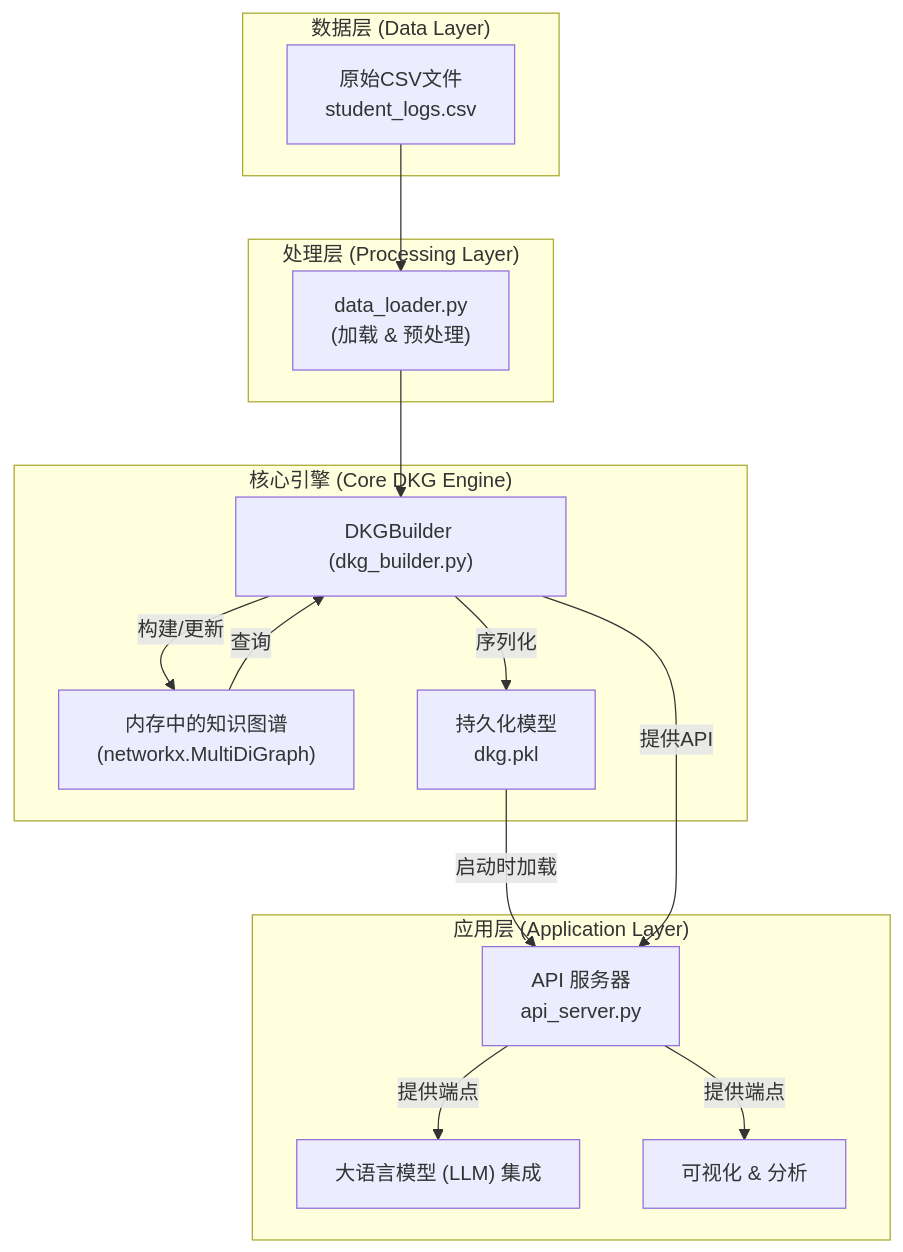
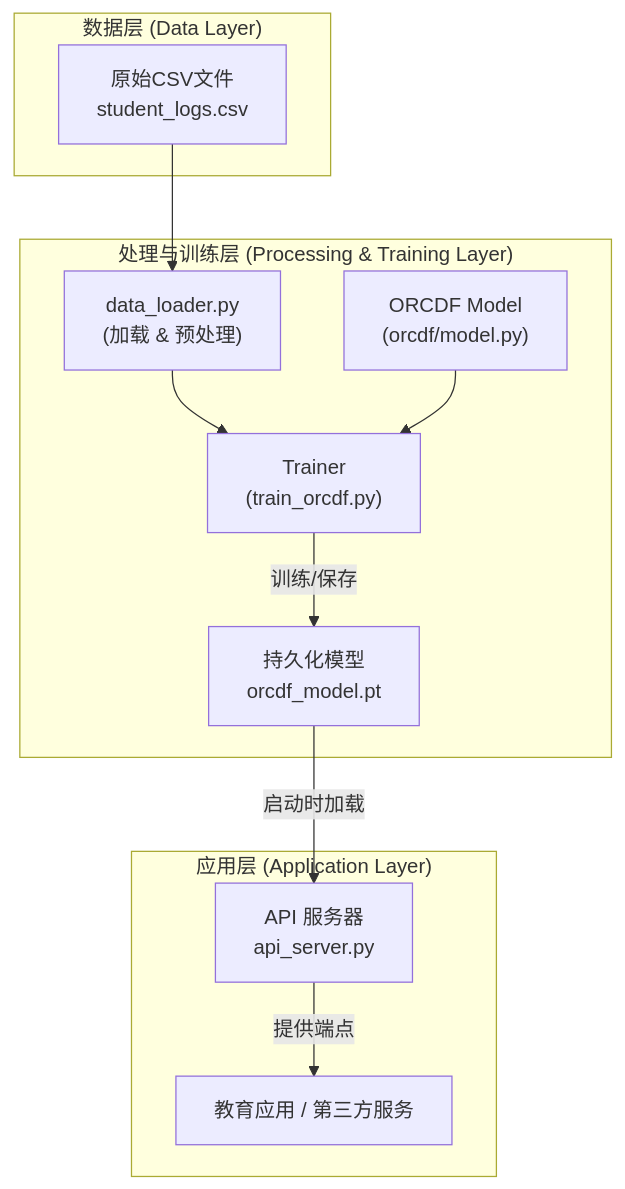
The diagram in README.md (MuQY1818/DKG), drawn with Mermaid before and after one commit. The commit also changed other lines of this file and 48 other files, not shown here.

````diff
--- a/README.md
+++ b/README.md
@@ -14,32 +14,25 @@
 ```mermaid
 graph TD
     subgraph "数据层 (Data Layer)"
         A["原始CSV文件 <br> student_logs.csv"]
     end
 
-    subgraph "处理层 (Processing Layer)"
+    subgraph "处理与训练层 (Processing & Training Layer)"
         B["data_loader.py <br> (加载 & 预处理)"]
-    end
-
-    subgraph "核心引擎 (Core DKG Engine)"
-        C["DKGBuilder (dkg_builder.py)"]
-        D["内存中的知识图谱 <br> (networkx.MultiDiGraph)"]
-        H["持久化模型 <br> dkg.pkl"]
+        C["ORCDF Model <br> (orcdf/model.py)"]
+        D["Trainer <br> (train_orcdf.py)"]
+        E["持久化模型 <br> orcdf_model.pt"]
     end
 
     subgraph "应用层 (Application Layer)"
-        E["API 服务器 <br> api_server.py"]
-        F["大语言模型 (LLM) 集成"]
-        G["可视化 & 分析"]
+        F["API 服务器 <br> api_server.py"]
+        G["教育应用 / 第三方服务"]
     end
 
     A --> B;
-    B --> C;
-    C -- "构建/更新" --> D;
-    C -- "序列化" --> H;
-    H -- "启动时加载" --> E;
-    D -- "查询" --> C;
-    C -- "提供API" --> E;
-    E -- "提供端点" --> F;
-    E -- "提供端点" --> G;
+    B --> D;
+    C --> D;
+    D -- "训练/保存" --> E;
+    E -- "启动时加载" --> F;
+    F -- "提供端点" --> G;
 ```
````
